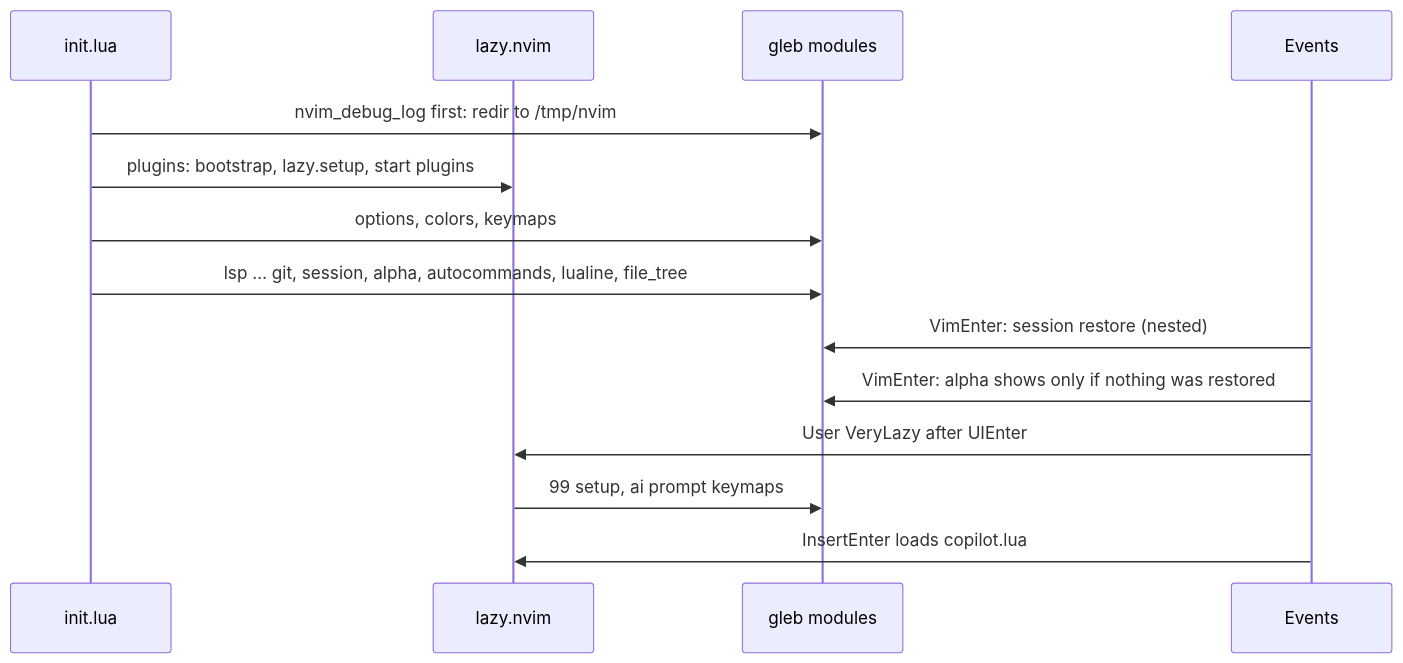
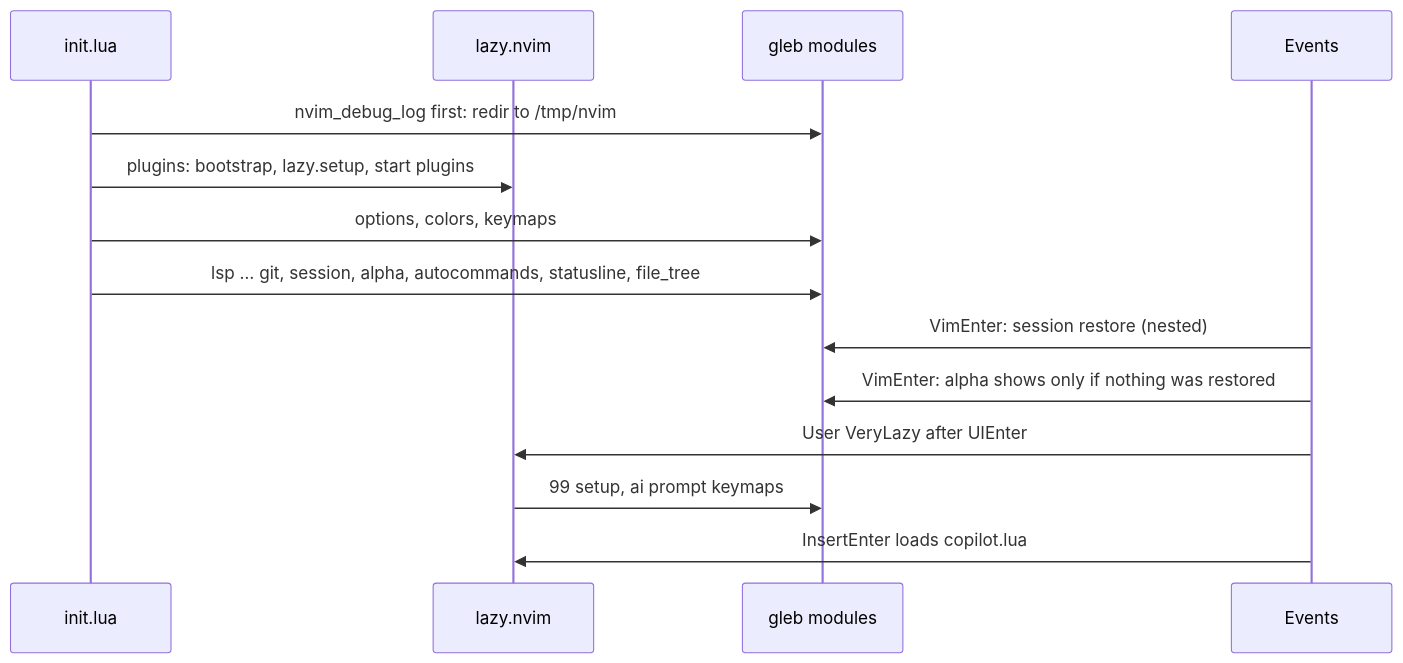
One commit to GlebBeloded/nvim.config changed the second of 4 diagrams in docs/architecture.md. Above: the diagram before and after it, drawn with Mermaid. The commit also changed other lines of this file and 7 other files, not shown here.

Commit message:
refactor: statusline owns lualine setup, alpha.lua, session returns nothing

````diff
--- a/docs/architecture.md
+++ b/docs/architecture.md
@@ -70,17 +70,17 @@
 ```mermaid
 sequenceDiagram
     participant I as init.lua
     participant L as lazy.nvim
     participant M as gleb modules
     participant E as Events
 
     I->>M: nvim_debug_log first: redir to /tmp/nvim
     I->>L: plugins: bootstrap, lazy.setup, start plugins
     I->>M: options, colors, keymaps
-    I->>M: lsp … git, session, alpha, autocommands, lualine, file_tree
+    I->>M: lsp … git, session, alpha, autocommands, statusline, file_tree
     E->>M: VimEnter: session restore (nested)
     E->>M: VimEnter: alpha shows only if nothing was restored
     E->>L: User VeryLazy after UIEnter
     L->>M: 99 setup, ai prompt keymaps
     E->>L: InsertEnter loads copilot.lua
 ```
````
